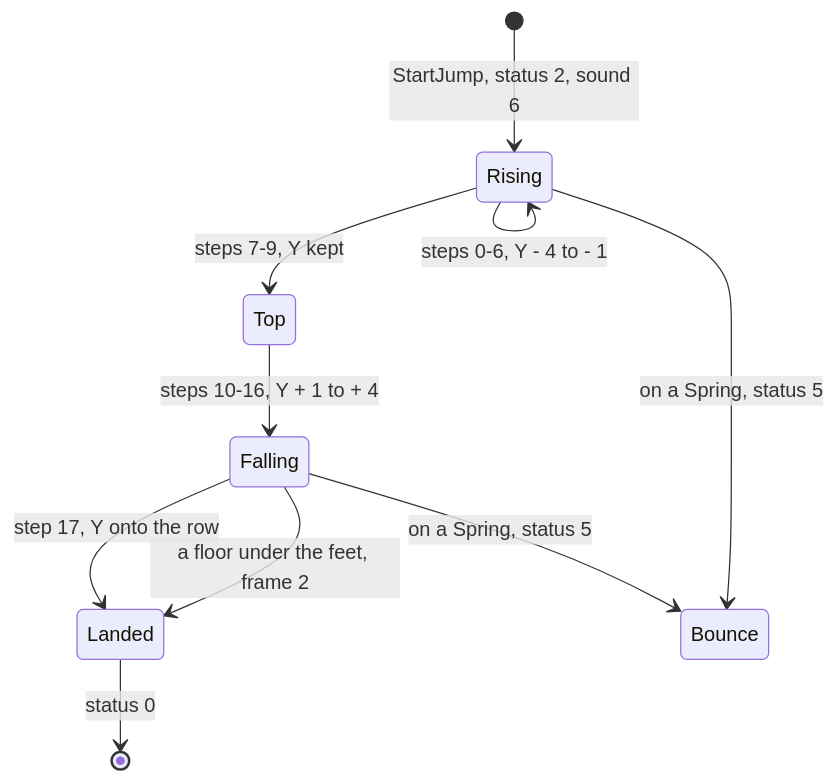
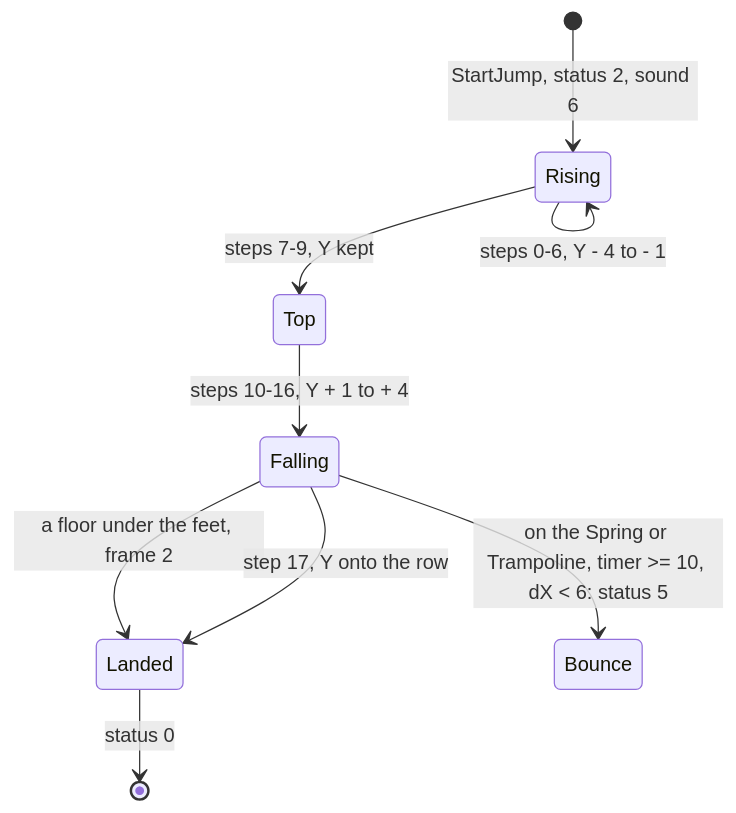
The fourth of 22 diagrams in games/terramex/docs/10-gameplay-logic.md (alfishe/unrealng-reverse-cases), drawn with Mermaid before and after one commit. The commit also changed other lines of this file and 70 other files, not shown here.

````diff
--- a/games/terramex/docs/10-gameplay-logic.md
+++ b/games/terramex/docs/10-gameplay-logic.md
@@ -322,12 +328,11 @@
 ```mermaid
 stateDiagram-v2
     [*] --> Rising: StartJump, status 2, sound 6
     Rising --> Rising: steps 0-6, Y - 4 to - 1
     Rising --> Top: steps 7-9, Y kept
     Top --> Falling: steps 10-16, Y + 1 to + 4
     Falling --> Landed: a floor under the feet, frame 2
     Falling --> Landed: step 17, Y onto the row
-    Rising --> Bounce: on a Spring, status 5
-    Falling --> Bounce: on a Spring, status 5
+    Falling --> Bounce: on the Spring or Trampoline, timer >= 10, dX < 6: status 5
     Landed --> [*]: status 0
 ```
````
